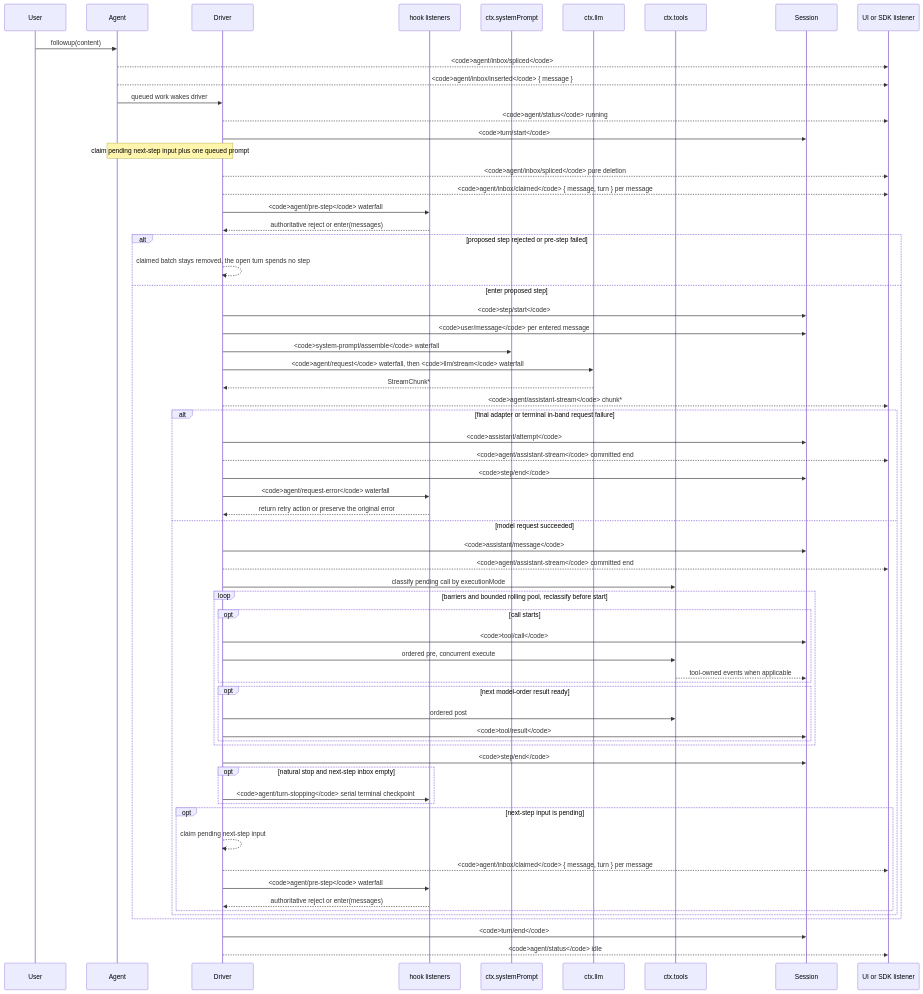
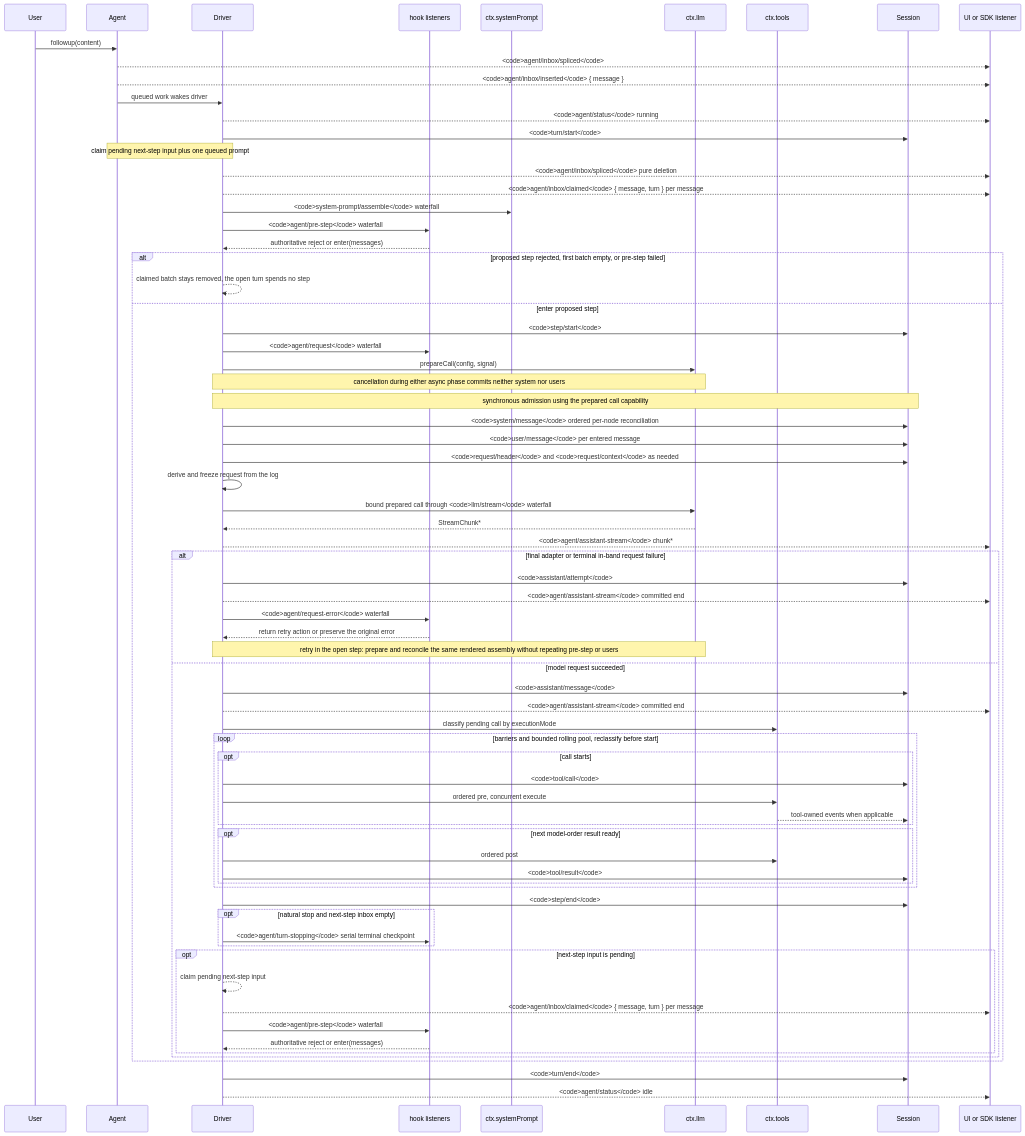
The diagram in docs/agent-lifecycle.md (singula-ai/alego), drawn with Mermaid before and after one commit. The commit also changed other lines of this file and 7338 other files, not shown here.

````diff
--- a/docs/agent-lifecycle.md
+++ b/docs/agent-lifecycle.md
@@ -8,67 +8,74 @@
 ```mermaid
 sequenceDiagram
   participant User
   participant Agent
   participant Driver
   participant Hooks as hook listeners
   participant Prompt as ctx.systemPrompt
   participant LLM as ctx.llm
   participant Tools as ctx.tools
   participant Session
   participant SDK as UI or SDK listener
   User->>Agent: followup(content)
   Agent-->>SDK: <code>agent/inbox/spliced</code>
   Agent-->>SDK: <code>agent/inbox/inserted</code> { message }
   Agent->>Driver: queued work wakes driver
   Driver-->>SDK: <code>agent/status</code> running
   Driver->>Session: <code>turn/start</code>
   Note over Agent,Driver: claim pending next-step input plus one queued prompt
   Driver-->>SDK: <code>agent/inbox/spliced</code> pure deletion
   Driver-->>SDK: <code>agent/inbox/claimed</code> { message, turn } per message
+  Driver->>Prompt: <code>system-prompt/assemble</code> waterfall
   Driver->>Hooks: <code>agent/pre-step</code> waterfall
   Hooks-->>Driver: authoritative reject or enter(messages)
-  alt proposed step rejected or pre-step failed
+  alt proposed step rejected, first batch empty, or pre-step failed
     Driver-->>Driver: claimed batch stays removed, the open turn spends no step
   else enter proposed step
   Driver->>Session: <code>step/start</code>
+  Driver->>Hooks: <code>agent/request</code> waterfall
+  Driver->>LLM: prepareCall(config, signal)
+  Note over Driver,LLM: cancellation during either async phase commits neither system nor users
+  Note over Driver,Session: synchronous admission using the prepared call capability
+  Driver->>Session: <code>system/message</code> ordered per-node reconciliation
   Driver->>Session: <code>user/message</code> per entered message
-  Driver->>Prompt: <code>system-prompt/assemble</code> waterfall
-  Driver->>LLM: <code>agent/request</code> waterfall, then <code>llm/stream</code> waterfall
+  Driver->>Session: <code>request/header</code> and <code>request/context</code> as needed
+  Driver->>Driver: derive and freeze request from the log
+  Driver->>LLM: bound prepared call through <code>llm/stream</code> waterfall
   LLM-->>Driver: StreamChunk*
   Driver-->>SDK: <code>agent/assistant-stream</code> chunk*
   alt final adapter or terminal in-band request failure
     Driver->>Session: <code>assistant/attempt</code>
     Driver-->>SDK: <code>agent/assistant-stream</code> committed end
-    Driver->>Session: <code>step/end</code>
     Driver->>Hooks: <code>agent/request-error</code> waterfall
     Hooks-->>Driver: return retry action or preserve the original error
+    Note over Driver,LLM: retry in the open step: prepare and reconcile the same rendered assembly without repeating pre-step or users
   else model request succeeded
   Driver->>Session: <code>assistant/message</code>
   Driver-->>SDK: <code>agent/assistant-stream</code> committed end
   Driver->>Tools: classify pending call by executionMode
   loop barriers and bounded rolling pool, reclassify before start
     opt call starts
       Driver->>Session: <code>tool/call</code>
       Driver->>Tools: ordered pre, concurrent execute
       Tools-->>Session: tool-owned events when applicable
     end
     opt next model-order result ready
       Driver->>Tools: ordered post
       Driver->>Session: <code>tool/result</code>
     end
   end
   Driver->>Session: <code>step/end</code>
   opt natural stop and next-step inbox empty
     Driver->>Hooks: <code>agent/turn-stopping</code> serial terminal checkpoint
   end
   opt next-step input is pending
     Driver-->>Driver: claim pending next-step input
     Driver-->>SDK: <code>agent/inbox/claimed</code> { message, turn } per message
     Driver->>Hooks: <code>agent/pre-step</code> waterfall
     Hooks-->>Driver: authoritative reject or enter(messages)
   end
   end
   end
   Driver->>Session: <code>turn/end</code>
   Driver-->>SDK: <code>agent/status</code> idle
 ```
````
